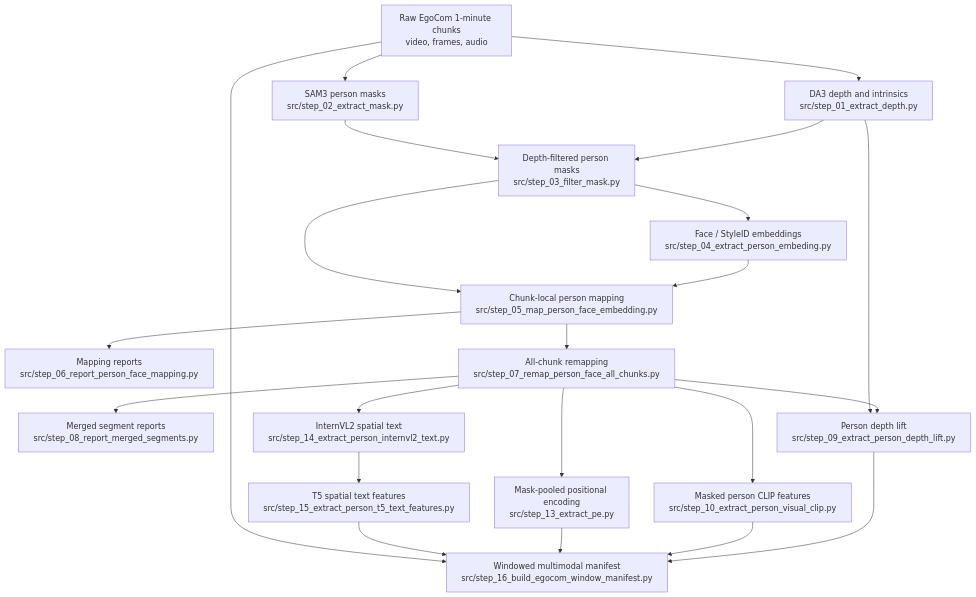
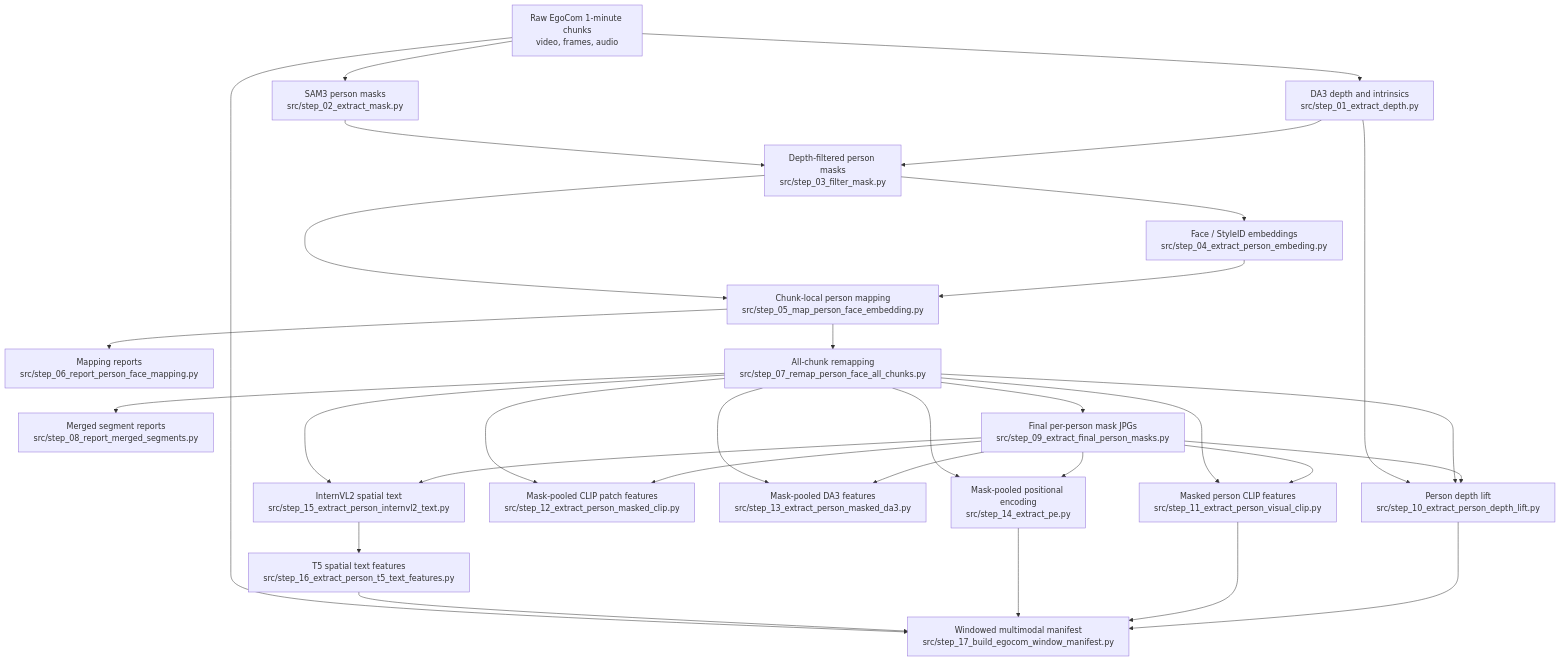
The diagram in README.md (beautifulchoi/egocom-preprocess), drawn with Mermaid before and after one commit. The commit also changed other lines of this file and 24 other files, not shown here.

````diff
--- a/README.md
+++ b/README.md
@@ -7,40 +7,52 @@
 ```mermaid
 flowchart TD
     raw[Raw EgoCom 1-minute chunks<br/>video, frames, audio]
     depth[DA3 depth and intrinsics<br/>src/step_01_extract_depth.py]
     mask[SAM3 person masks<br/>src/step_02_extract_mask.py]
     refine[Depth-filtered person masks<br/>src/step_03_filter_mask.py]
     face[Face / StyleID embeddings<br/>src/step_04_extract_person_embeding.py]
     map[Chunk-local person mapping<br/>src/step_05_map_person_face_embedding.py]
     report[Mapping reports<br/>src/step_06_report_person_face_mapping.py]
     remap[All-chunk remapping<br/>src/step_07_remap_person_face_all_chunks.py]
     merged_report[Merged segment reports<br/>src/step_08_report_merged_segments.py]
-    lift[Person depth lift<br/>src/step_09_extract_person_depth_lift.py]
-    clip[Masked person CLIP features<br/>src/step_10_extract_person_visual_clip.py]
-    pe[Mask-pooled positional encoding<br/>src/step_13_extract_pe.py]
-    text[InternVL2 spatial text<br/>src/step_14_extract_person_internvl2_text.py]
-    t5[T5 spatial text features<br/>src/step_15_extract_person_t5_text_features.py]
-    manifest[Windowed multimodal manifest<br/>src/step_16_build_egocom_window_manifest.py]
+    final_mask[Final per-person mask JPGs<br/>src/step_09_extract_final_person_masks.py]
+    lift[Person depth lift<br/>src/step_10_extract_person_depth_lift.py]
+    clip[Masked person CLIP features<br/>src/step_11_extract_person_visual_clip.py]
+    mclip[Mask-pooled CLIP patch features<br/>src/step_12_extract_person_masked_clip.py]
+    mda3[Mask-pooled DA3 features<br/>src/step_13_extract_person_masked_da3.py]
+    pe[Mask-pooled positional encoding<br/>src/step_14_extract_pe.py]
+    text[InternVL2 spatial text<br/>src/step_15_extract_person_internvl2_text.py]
+    t5[T5 spatial text features<br/>src/step_16_extract_person_t5_text_features.py]
+    manifest[Windowed multimodal manifest<br/>src/step_17_build_egocom_window_manifest.py]
 
     raw --> depth
     raw --> mask
     depth --> refine
     mask --> refine
     refine --> face
     face --> map
     refine --> map
     map --> report
     map --> remap
     remap --> merged_report
+    remap --> final_mask
+    final_mask --> lift
+    final_mask --> clip
+    final_mask --> mclip
+    final_mask --> mda3
+    final_mask --> pe
+    final_mask --> text
     remap --> lift
     remap --> clip
+    remap --> mclip
+    remap --> mda3
     remap --> pe
     remap --> text
     depth --> lift
     text --> t5
     lift --> manifest
     clip --> manifest
     pe --> manifest
     t5 --> manifest
     raw --> manifest
 ```
````
